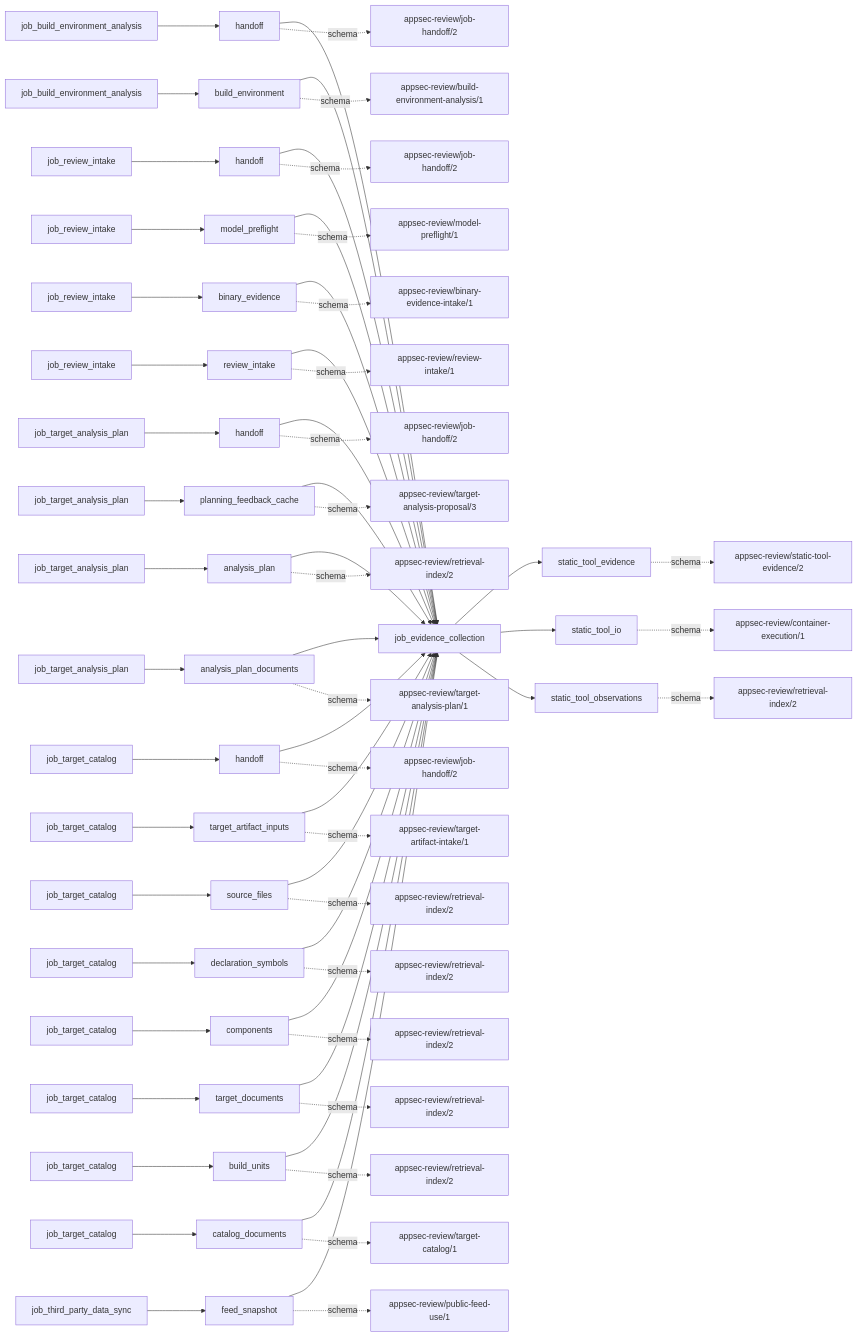
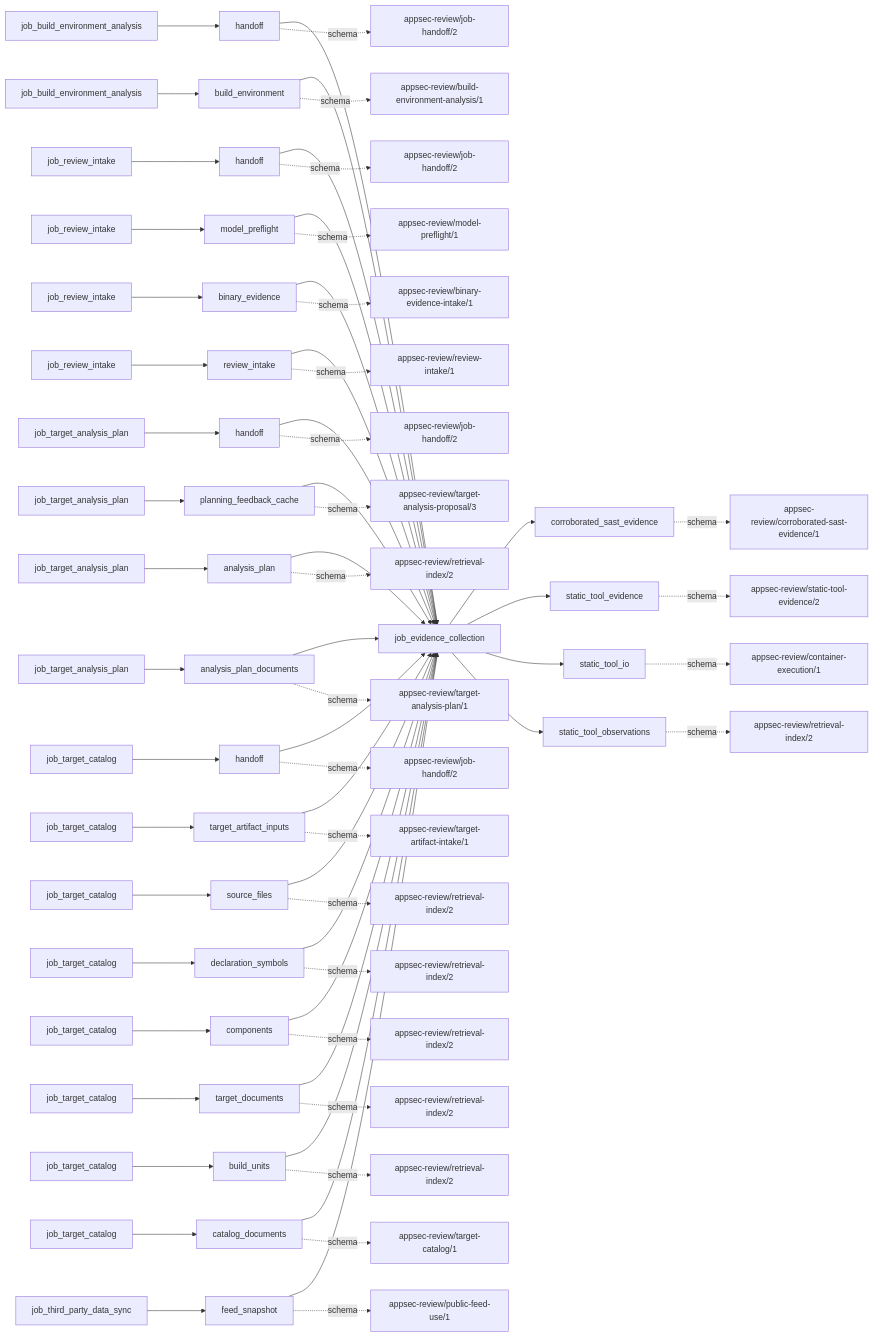
Before and after one commit to wsollers/appsec-review: the first of 2 diagrams in docs/operations/job_evidence_collection.md, drawn with Mermaid. The commit also changed other lines of this file and 45 other files, not shown here.

First line of the commit message:
docs: reconcile T-168..T-176 registries, architecture diagrams, and generated docs

````diff
--- a/docs/operations/job_evidence_collection.md
+++ b/docs/operations/job_evidence_collection.md
@@ -246,16 +247,20 @@
   input_schema18["appsec-review/public-feed-use/1"]
   producer18 --> input18 --> job
   input18 -. schema .-> input_schema18
-  output0["static_tool_evidence"]
-  output_schema0["appsec-review/static-tool-evidence/2"]
+  output0["corroborated_sast_evidence"]
+  output_schema0["appsec-review/corroborated-sast-evidence/1"]
   job --> output0
   output0 -. schema .-> output_schema0
-  output1["static_tool_io"]
-  output_schema1["appsec-review/container-execution/1"]
+  output1["static_tool_evidence"]
+  output_schema1["appsec-review/static-tool-evidence/2"]
   job --> output1
   output1 -. schema .-> output_schema1
-  output2["static_tool_observations"]
-  output_schema2["appsec-review/retrieval-index/2"]
+  output2["static_tool_io"]
+  output_schema2["appsec-review/container-execution/1"]
   job --> output2
   output2 -. schema .-> output_schema2
+  output3["static_tool_observations"]
+  output_schema3["appsec-review/retrieval-index/2"]
+  job --> output3
+  output3 -. schema .-> output_schema3
 ```
````
